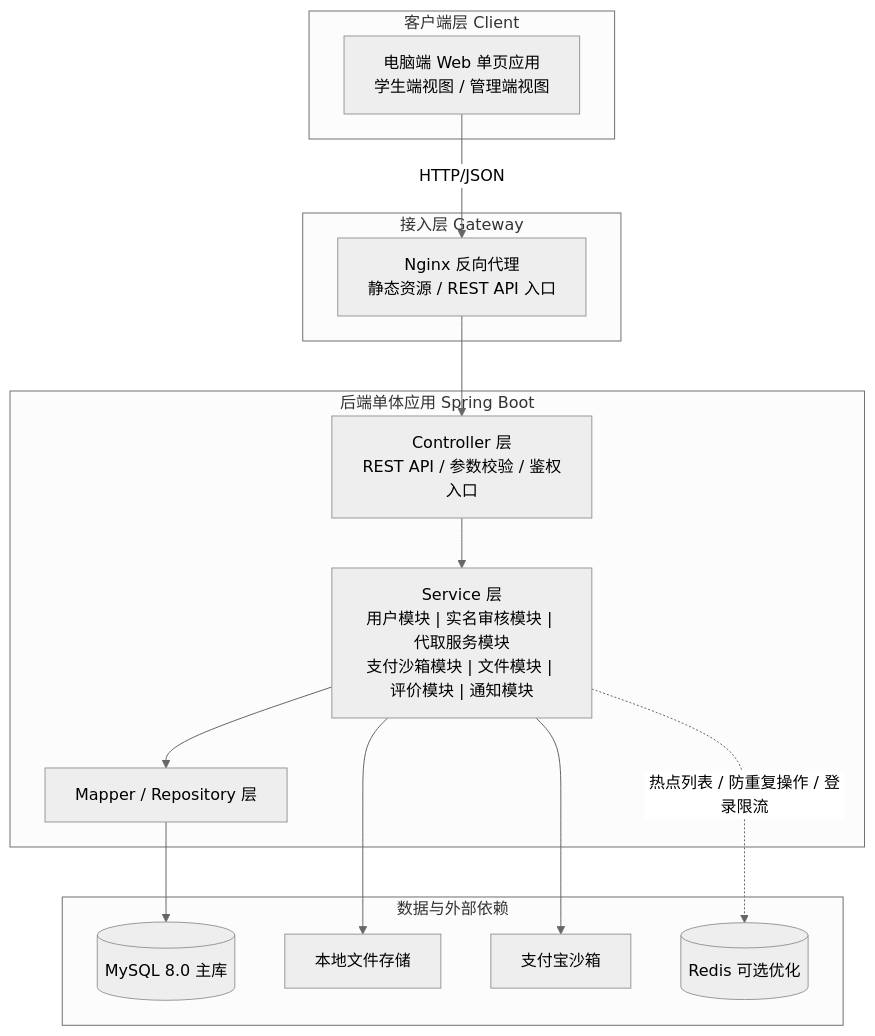
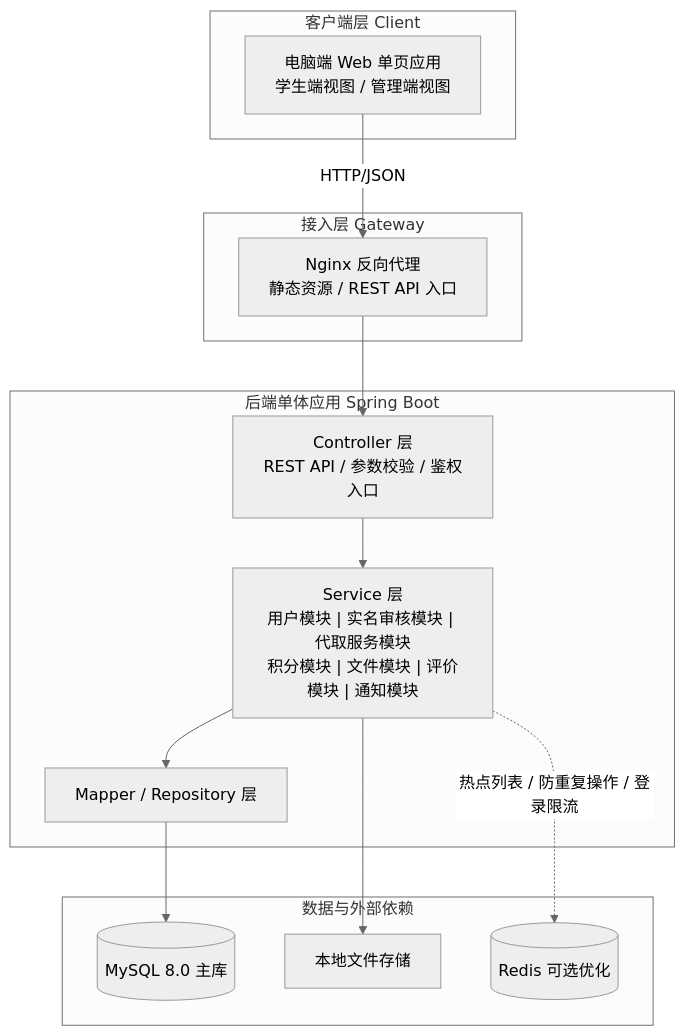
One commit to true-is-dui/CampusHub changed the first of 3 diagrams in docs/P2/architecture_design.md. Above: the diagram before and after it, drawn with Mermaid (neutral theme). The commit also changed other lines of this file and 11 other files, not shown here.

````diff
--- a/docs/P2/architecture_design.md
+++ b/docs/P2/architecture_design.md
@@ -16,32 +16,30 @@
 ```mermaid
 flowchart TB
     subgraph Client["客户端层 Client"]
         Browser["电脑端 Web 单页应用<br/>学生端视图 / 管理端视图"]
     end
 
     subgraph Gateway["接入层 Gateway"]
         Nginx["Nginx 反向代理<br/>静态资源 / REST API 入口"]
     end
 
     subgraph Backend["后端单体应用 Spring Boot"]
         Controllers["Controller 层<br/>REST API / 参数校验 / 鉴权入口"]
-        Services["Service 层<br/>用户模块 | 实名审核模块 | 代取服务模块<br/>支付沙箱模块 | 文件模块 | 评价模块 | 通知模块"]
+        Services["Service 层<br/>用户模块 | 实名审核模块 | 代取服务模块<br/>积分模块 | 文件模块 | 评价模块 | 通知模块"]
         Repositories["Mapper / Repository 层"]
     end
 
     subgraph Data["数据与外部依赖"]
         MySQL[("MySQL 8.0 主库")]
         FileStore["本地文件存储"]
-        Alipay["支付宝沙箱"]
         Redis[("Redis 可选优化")]
     end
 
     Browser -->|HTTP/JSON| Nginx
     Nginx --> Controllers
     Controllers --> Services
     Services --> Repositories
     Repositories --> MySQL
     Services --> FileStore
-    Services --> Alipay
     Services -. "热点列表 / 防重复操作 / 登录限流" .-> Redis
 ```
````
